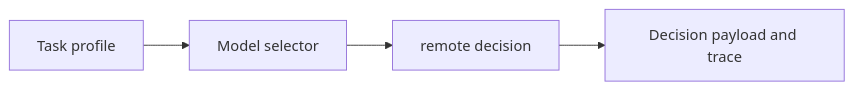
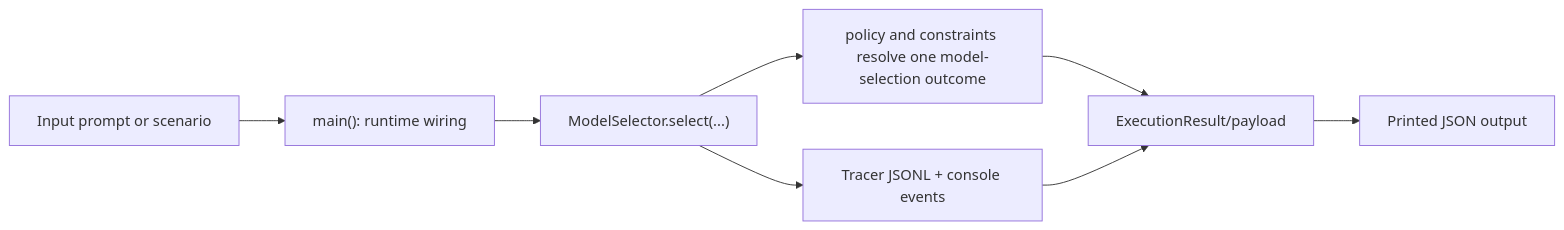
The diagram in docs/examples/model_selection/remote.rst (cmudrc/design-research-agents), drawn with Mermaid before and after one commit. The commit also changed other lines of this file and 83 other files, not shown here.

```diff
--- a/docs/examples/model_selection/remote.rst
+++ b/docs/examples/model_selection/remote.rst
@@ -21,6 +22,10 @@
 .. mermaid::
 
    flowchart LR
-       A["Task profile"] --> B["Model selector"]
-       B --> C["remote decision"]
-       C --> D["Decision payload and trace"]
+       A["Input prompt or scenario"] --> B["main(): runtime wiring"]
+       B --> C["ModelSelector.select(...)"]
+       C --> D["policy and constraints resolve one model-selection outcome"]
+       C --> E["Tracer JSONL + console events"]
+       D --> F["ExecutionResult/payload"]
+       E --> F
+       F --> G["Printed JSON output"]
```
